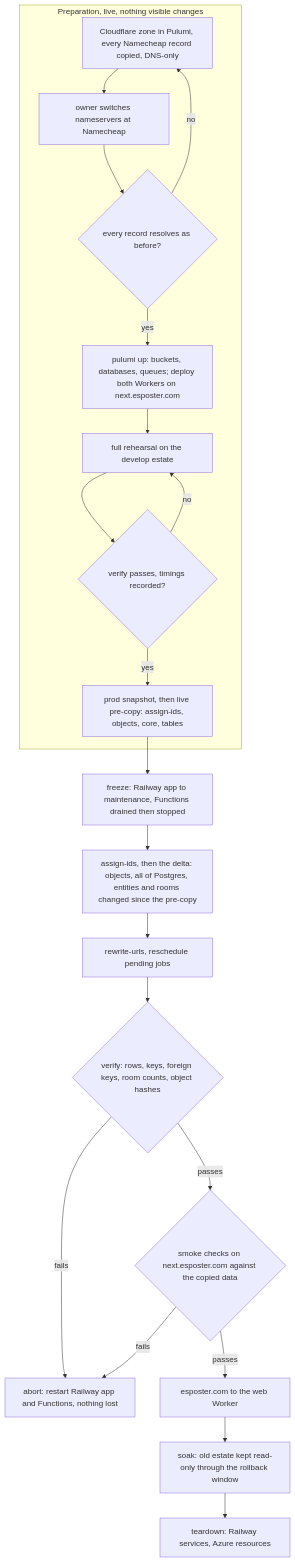
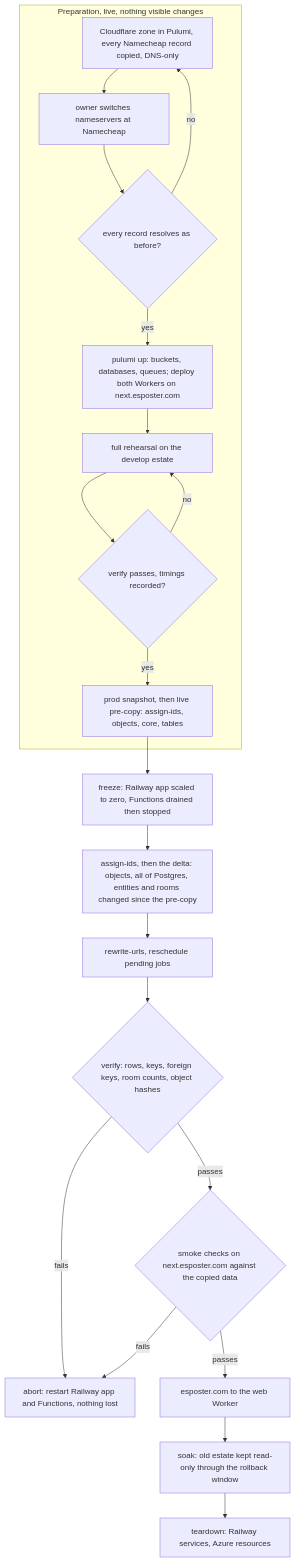
The diagram in openspec/changes/infra-cloudflare-cutover/design.md (Esposter/Esposter), drawn with Mermaid before and after one commit. The commit also changed other lines of this file and 1 other file, not shown here.

First line of the commit message:
docs(cutover): the freeze scales Railway's web service to zero rather than adding a maintenance mode

````diff
--- a/openspec/changes/infra-cloudflare-cutover/design.md
+++ b/openspec/changes/infra-cloudflare-cutover/design.md
@@ -21,23 +21,23 @@
 ```mermaid
 flowchart TD
   subgraph PREP["Preparation, live, nothing visible changes"]
     Z["Cloudflare zone in Pulumi, every Namecheap record copied, DNS-only"] --> NS["owner switches nameservers at Namecheap"]
     NS --> NSV{"every record resolves as before?"}
     NSV -->|"no"| Z
     NSV -->|"yes"| RES["pulumi up: buckets, databases, queues; deploy both Workers on next.esposter.com"]
     RES --> REH["full rehearsal on the develop estate"]
     REH --> REHV{"verify passes, timings recorded?"}
     REHV -->|"no"| REH
     REHV -->|"yes"| PRE["prod snapshot, then live pre-copy: assign-ids, objects, core, tables"]
   end
-  PRE --> FREEZE["freeze: Railway app to maintenance, Functions drained then stopped"]
+  PRE --> FREEZE["freeze: Railway app scaled to zero, Functions drained then stopped"]
   FREEZE --> DELTA["assign-ids, then the delta: objects, all of Postgres, entities and rooms changed since the pre-copy"]
   DELTA --> RESCH["rewrite-urls, reschedule pending jobs"]
   RESCH --> V{"verify: rows, keys, foreign keys, room counts, object hashes"}
   V -->|"fails"| ABORT["abort: restart Railway app and Functions, nothing lost"]
   V -->|"passes"| SMOKE{"smoke checks on next.esposter.com against the copied data"}
   SMOKE -->|"fails"| ABORT
   SMOKE -->|"passes"| SWITCH["esposter.com to the web Worker"]
   SWITCH --> SOAK["soak: old estate kept read-only through the rollback window"]
   SOAK --> TEAR["teardown: Railway services, Azure resources"]
 ```
````
